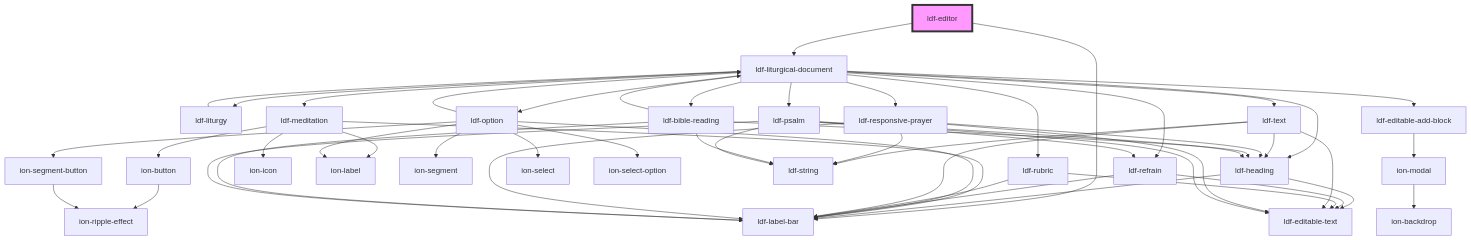
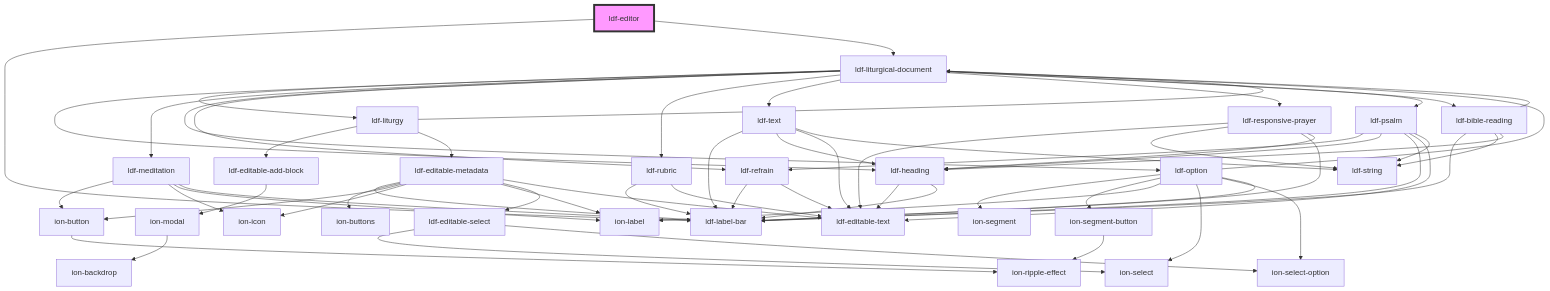
Before and after one commit to gbj/venite: the diagram in components/src/components/editor/readme.md, drawn with Mermaid. The commit also changed 46 other files, not shown here.

````diff
--- a/components/src/components/editor/readme.md
+++ b/components/src/components/editor/readme.md
@@ -37,56 +37,66 @@
 ```mermaid
 graph TD;
   ldf-editor --> ldf-label-bar
   ldf-editor --> ldf-liturgical-document
   ldf-liturgical-document --> ldf-liturgy
   ldf-liturgical-document --> ldf-heading
   ldf-liturgical-document --> ldf-meditation
   ldf-liturgical-document --> ldf-option
   ldf-liturgical-document --> ldf-refrain
   ldf-liturgical-document --> ldf-rubric
   ldf-liturgical-document --> ldf-text
   ldf-liturgical-document --> ldf-responsive-prayer
   ldf-liturgical-document --> ldf-bible-reading
   ldf-liturgical-document --> ldf-psalm
-  ldf-liturgical-document --> ldf-editable-add-block
+  ldf-liturgy --> ldf-editable-add-block
+  ldf-liturgy --> ldf-editable-metadata
   ldf-liturgy --> ldf-liturgical-document
+  ldf-editable-add-block --> ion-modal
+  ion-modal --> ion-backdrop
+  ldf-editable-metadata --> ldf-label-bar
+  ldf-editable-metadata --> ion-buttons
+  ldf-editable-metadata --> ion-button
+  ldf-editable-metadata --> ion-icon
+  ldf-editable-metadata --> ion-label
+  ldf-editable-metadata --> ldf-editable-select
+  ldf-editable-metadata --> ldf-editable-text
+  ion-button --> ion-ripple-effect
+  ldf-editable-select --> ion-select
+  ldf-editable-select --> ion-select-option
   ldf-heading --> ldf-editable-text
   ldf-heading --> ldf-label-bar
   ldf-meditation --> ion-button
   ldf-meditation --> ion-icon
   ldf-meditation --> ion-label
   ldf-meditation --> ldf-label-bar
-  ion-button --> ion-ripple-effect
   ldf-option --> ion-segment
   ldf-option --> ion-segment-button
   ldf-option --> ion-label
   ldf-option --> ion-select
   ldf-option --> ion-select-option
   ldf-option --> ldf-label-bar
   ldf-option --> ldf-liturgical-document
   ion-segment-button --> ion-ripple-effect
   ldf-refrain --> ldf-label-bar
   ldf-refrain --> ldf-editable-text
   ldf-rubric --> ldf-label-bar
   ldf-rubric --> ldf-editable-text
   ldf-text --> ldf-label-bar
   ldf-text --> ldf-heading
   ldf-text --> ldf-editable-text
   ldf-text --> ldf-string
   ldf-responsive-prayer --> ldf-editable-text
   ldf-responsive-prayer --> ldf-string
   ldf-responsive-prayer --> ldf-label-bar
   ldf-responsive-prayer --> ldf-heading
   ldf-bible-reading --> ldf-label-bar
   ldf-bible-reading --> ldf-string
   ldf-bible-reading --> ldf-heading
   ldf-bible-reading --> ldf-liturgical-document
   ldf-psalm --> ldf-refrain
   ldf-psalm --> ldf-heading
   ldf-psalm --> ldf-label-bar
   ldf-psalm --> ldf-editable-text
   ldf-psalm --> ldf-string
-  ldf-editable-add-block --> ion-modal
-  ion-modal --> ion-backdrop
   style ldf-editor fill:#f9f,stroke:#333,stroke-width:4px
 ```
````
